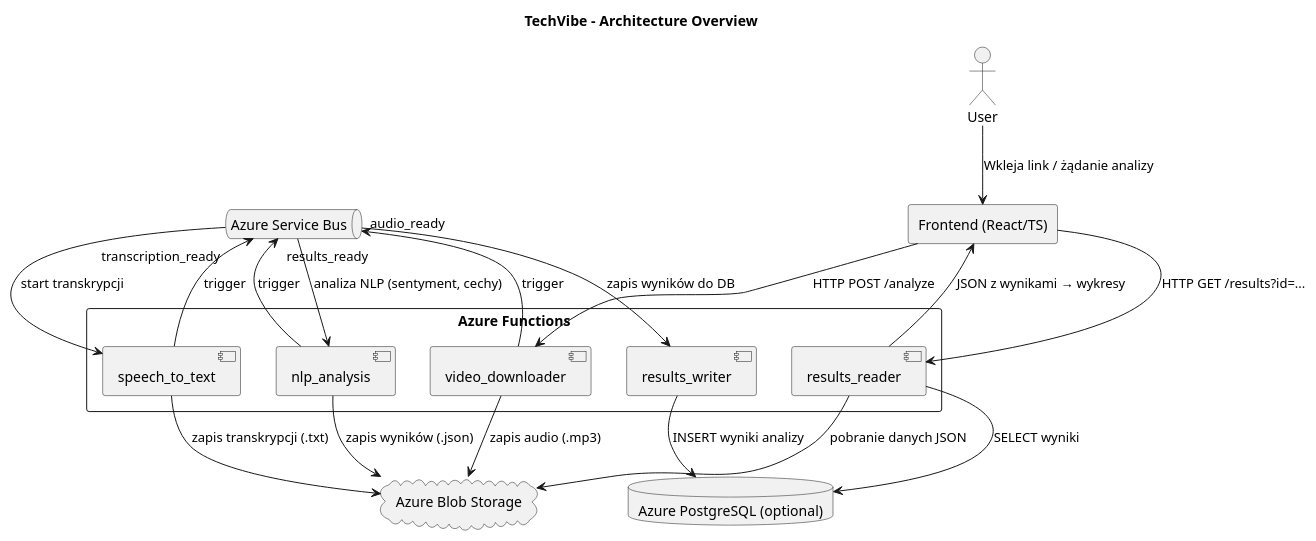
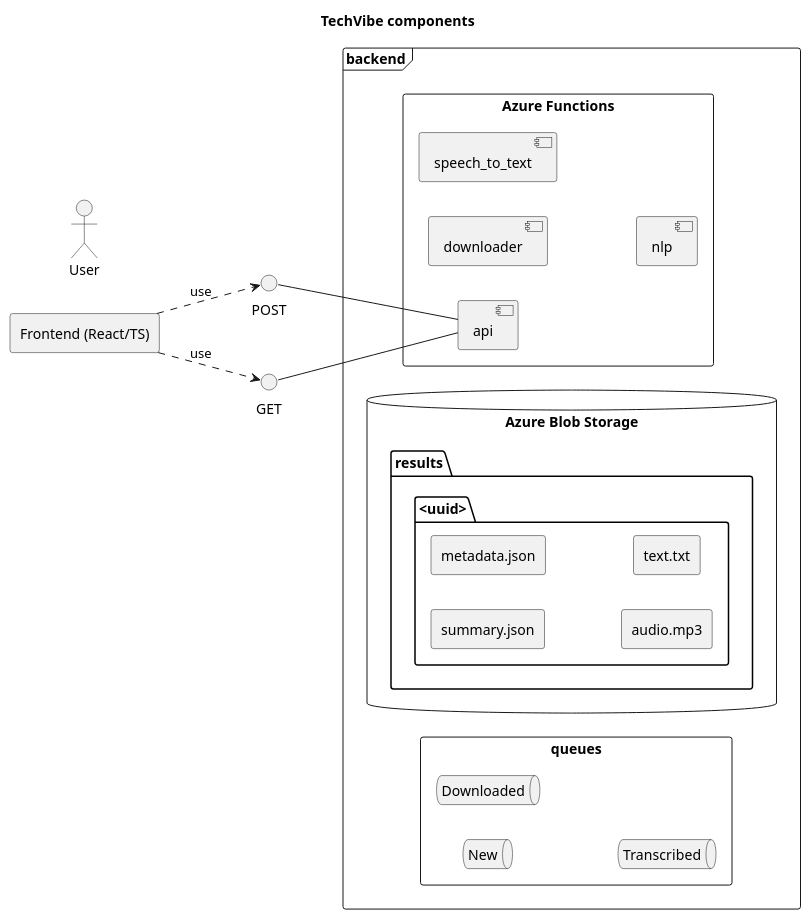
One commit to Yehor-Kovalenko/TechVibe changed the diagram in docs/architecture.puml. Above: the diagram before and after it, drawn with PlantUML. The commit also changed 1 other file, not shown here.

Commit message:
new archi diagrams

```diff
--- a/docs/architecture.puml
+++ b/docs/architecture.puml
@@ -1,40 +1,44 @@
 @startuml
-title TechVibe - Architecture Overview
+title TechVibe components
+left to right direction
 
 actor User
 
 rectangle "Frontend (React/TS)" as Frontend
+
+frame "backend" {
 rectangle "Azure Functions" as Functions {
-    component "video_downloader" as F1
+    component "api" as F0
+    component "downloader" as F1
     component "speech_to_text" as F2
-    component "nlp_analysis" as F3
-    component "results_writer" as F4
-    component "results_reader" as F5
+    component "nlp" as F3
 }
 
-cloud "Azure Blob Storage" as Blob
-database "Azure PostgreSQL (optional)" as DB
-queue "Azure Service Bus" as Queue
+database "Azure Blob Storage" as Blob {
+    folder "results" {
+        folder "<uuid>" {
+            rectangle summary.json
+            rectangle metadata.json
+            rectangle audio.mp3
+            rectangle text.txt
+        }
+   }
+}
 
-User --> Frontend : Wkleja link / żądanie analizy
-Frontend --> F1 : HTTP POST /analyze
-F1 --> Blob : zapis audio (.mp3)
-F1 --> Queue : trigger "audio_ready"
+rectangle queues {
+    queue "New" as SQ
+    queue "Downloaded" as DQ
+    queue "Transcribed" as TQ
+}
+}
 
-Queue --> F2 : start transkrypcji
-F2 --> Blob : zapis transkrypcji (.txt)
-F2 --> Queue : trigger "transcription_ready"
+interface POST
+interface GET
 
-Queue --> F3 : analiza NLP (sentyment, cechy)
-F3 --> Blob : zapis wyników (.json)
-F3 --> Queue : trigger "results_ready"
+POST -down- [F0]
+GET -down- [F0]
 
-Queue --> F4 : zapis wyników do DB
-F4 --> DB : INSERT wyniki analizy
-
-Frontend --> F5 : HTTP GET /results?id=...
-F5 --> DB : SELECT wyniki
-F5 --> Blob : pobranie danych JSON
-F5 --> Frontend : JSON z wynikami → wykresy
+Frontend ..> POST: use
+Frontend ..> GET: use
 
 @enduml
```
